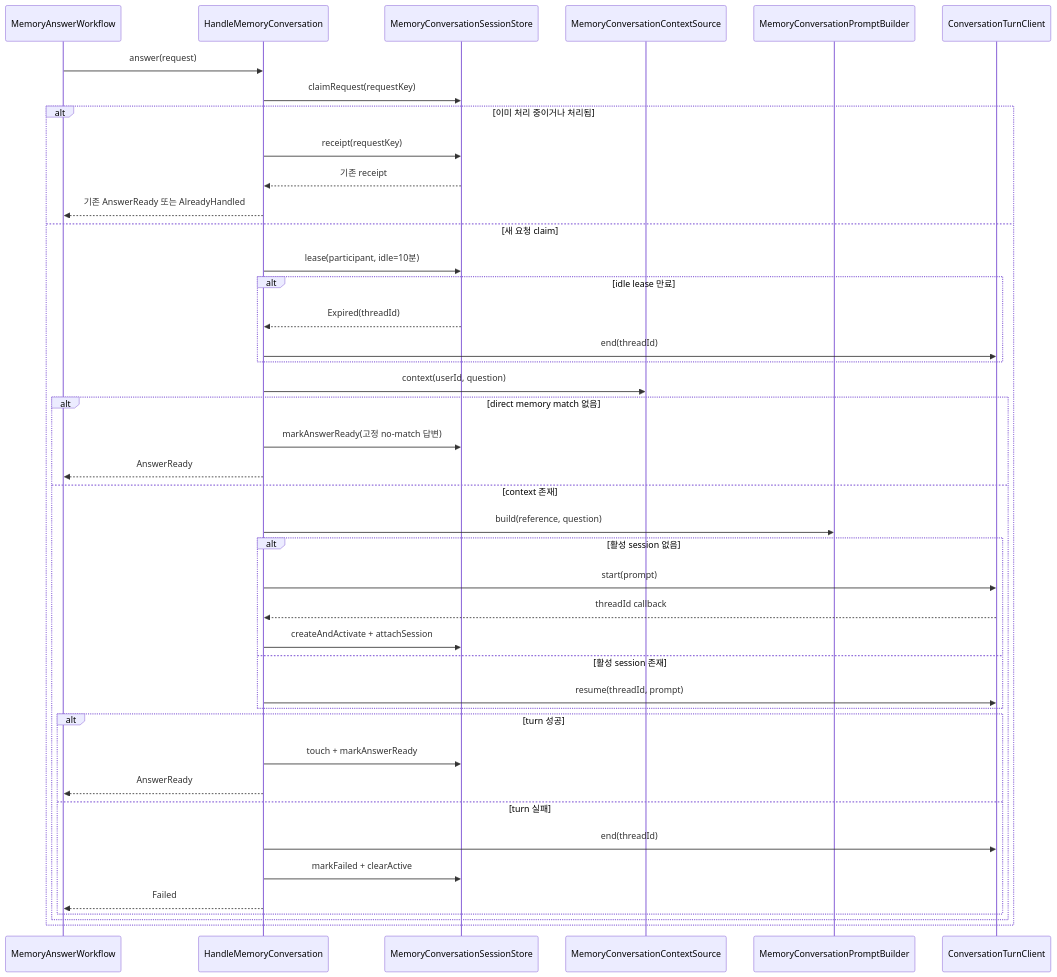
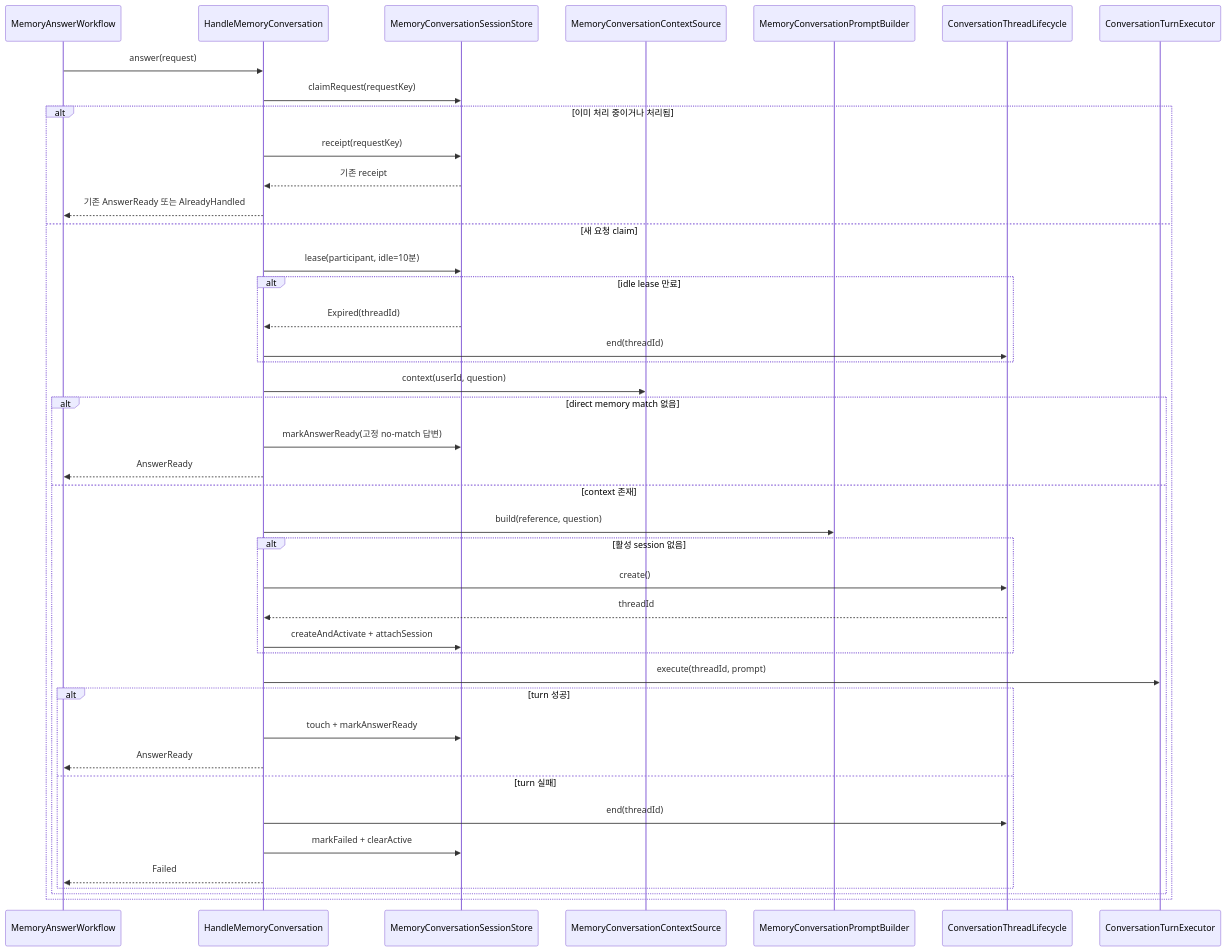
The first of 3 diagrams in application/src/main/kotlin/com/homeassistant/application/usecase/memory/conversation/README.md (magenta1223/home_assistant), drawn with Mermaid before and after one commit. The commit also changed other lines of this file and 23 other files, not shown here.

Commit message:
refactor: separate thread lifecycle and turn client

````diff
--- a/application/src/main/kotlin/com/homeassistant/application/usecase/memory/conversation/README.md
+++ b/application/src/main/kotlin/com/homeassistant/application/usecase/memory/conversation/README.md
@@ -8,45 +8,45 @@
 ```mermaid
 sequenceDiagram
     participant Workflow as MemoryAnswerWorkflow
     participant Conversation as HandleMemoryConversation
     participant Sessions as MemoryConversationSessionStore
     participant Context as MemoryConversationContextSource
     participant Prompt as MemoryConversationPromptBuilder
-    participant Client as ConversationTurnClient
+    participant Lifecycle as ConversationThreadLifecycle
+    participant Executor as ConversationTurnExecutor
 
     Workflow->>Conversation: answer(request)
     Conversation->>Sessions: claimRequest(requestKey)
     alt 이미 처리 중이거나 처리됨
         Conversation->>Sessions: receipt(requestKey)
         Sessions-->>Conversation: 기존 receipt
         Conversation-->>Workflow: 기존 AnswerReady 또는 AlreadyHandled
     else 새 요청 claim
         Conversation->>Sessions: lease(participant, idle=10분)
         alt idle lease 만료
             Sessions-->>Conversation: Expired(threadId)
-            Conversation->>Client: end(threadId)
+            Conversation->>Lifecycle: end(threadId)
         end
         Conversation->>Context: context(userId, question)
         alt direct memory match 없음
             Conversation->>Sessions: markAnswerReady(고정 no-match 답변)
             Conversation-->>Workflow: AnswerReady
         else context 존재
             Conversation->>Prompt: build(reference, question)
             alt 활성 session 없음
-                Conversation->>Client: start(prompt)
-                Client-->>Conversation: threadId callback
+                Conversation->>Lifecycle: create()
+                Lifecycle-->>Conversation: threadId
                 Conversation->>Sessions: createAndActivate + attachSession
-            else 활성 session 존재
-                Conversation->>Client: resume(threadId, prompt)
             end
+            Conversation->>Executor: execute(threadId, prompt)
             alt turn 성공
                 Conversation->>Sessions: touch + markAnswerReady
                 Conversation-->>Workflow: AnswerReady
             else turn 실패
-                Conversation->>Client: end(threadId)
+                Conversation->>Lifecycle: end(threadId)
                 Conversation->>Sessions: markFailed + clearActive
                 Conversation-->>Workflow: Failed
             end
         end
     end
 ```
````
